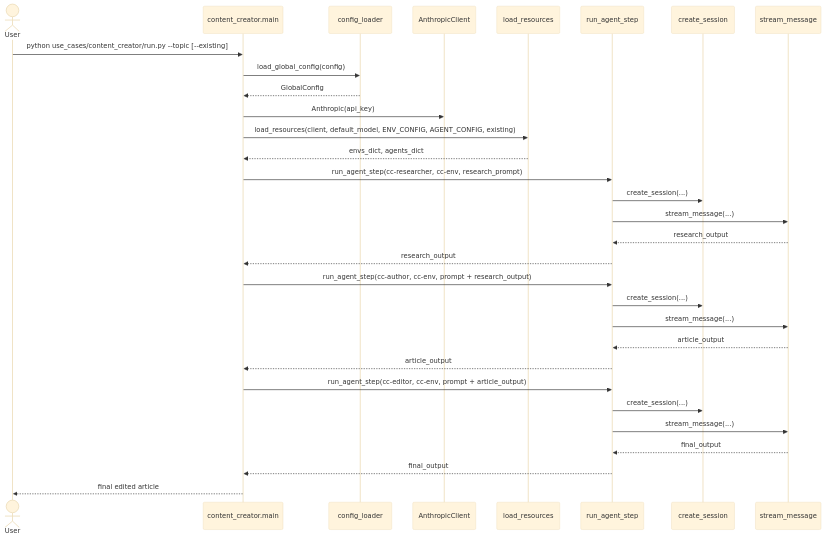
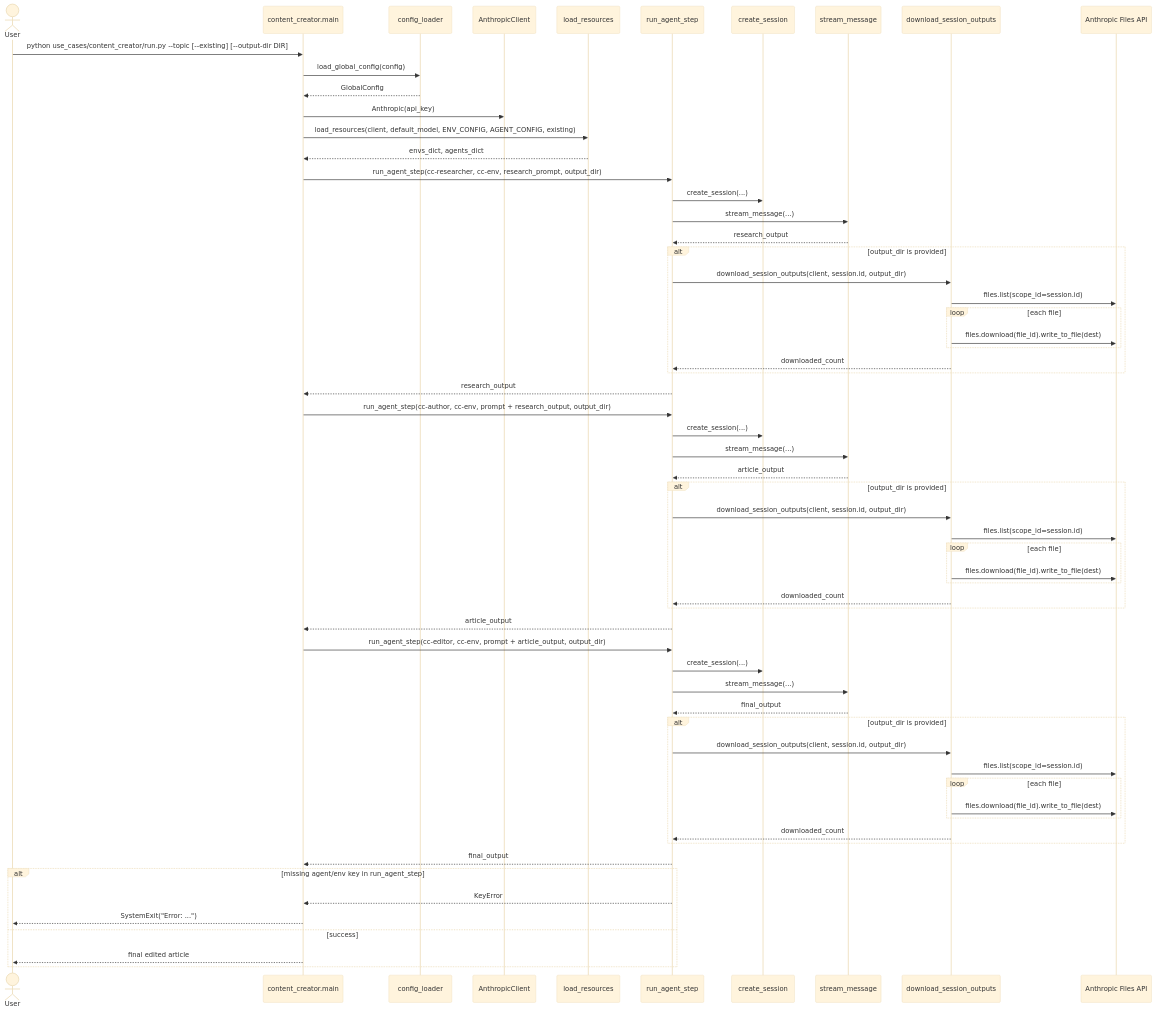
One commit to william-coronado/claude-managed-agents changed the diagram in docs/sequence_diagram_content_creator.mmd. Above: the diagram before and after it, drawn with Mermaid (base theme). The commit also changed 3 other files, not shown here.

Commit message:
Enhance sequence diagrams and add output directory support for content creator and software engineering pipelines

```diff
--- a/docs/sequence_diagram_content_creator.mmd
+++ b/docs/sequence_diagram_content_creator.mmd
@@ -1,36 +1,67 @@
 sequenceDiagram
     actor User
     participant C as content_creator.main
     participant CL as config_loader
     participant A as AnthropicClient
     participant L as load_resources
     participant P as run_agent_step
     participant S as create_session
     participant M as stream_message
+    participant D as download_session_outputs
+    participant F as Anthropic Files API
 
-    User ->> C: python use_cases/content_creator/run.py --topic [--existing]
+    User ->> C: python use_cases/content_creator/run.py --topic [--existing] [--output-dir DIR]
     C ->> CL: load_global_config(config)
     CL -->> C: GlobalConfig
     C ->> A: Anthropic(api_key)
     C ->> L: load_resources(client, default_model, ENV_CONFIG, AGENT_CONFIG, existing)
     L -->> C: envs_dict, agents_dict
 
-    C ->> P: run_agent_step(cc-researcher, cc-env, research_prompt)
+    C ->> P: run_agent_step(cc-researcher, cc-env, research_prompt, output_dir)
     P ->> S: create_session(...)
     P ->> M: stream_message(...)
     M -->> P: research_output
+    alt output_dir is provided
+        P ->> D: download_session_outputs(client, session.id, output_dir)
+        D ->> F: files.list(scope_id=session.id)
+        loop each file
+            D ->> F: files.download(file_id).write_to_file(dest)
+        end
+        D -->> P: downloaded_count
+    end
     P -->> C: research_output
 
-    C ->> P: run_agent_step(cc-author, cc-env, prompt + research_output)
+    C ->> P: run_agent_step(cc-author, cc-env, prompt + research_output, output_dir)
     P ->> S: create_session(...)
     P ->> M: stream_message(...)
     M -->> P: article_output
+    alt output_dir is provided
+        P ->> D: download_session_outputs(client, session.id, output_dir)
+        D ->> F: files.list(scope_id=session.id)
+        loop each file
+            D ->> F: files.download(file_id).write_to_file(dest)
+        end
+        D -->> P: downloaded_count
+    end
     P -->> C: article_output
 
-    C ->> P: run_agent_step(cc-editor, cc-env, prompt + article_output)
+    C ->> P: run_agent_step(cc-editor, cc-env, prompt + article_output, output_dir)
     P ->> S: create_session(...)
     P ->> M: stream_message(...)
     M -->> P: final_output
+    alt output_dir is provided
+        P ->> D: download_session_outputs(client, session.id, output_dir)
+        D ->> F: files.list(scope_id=session.id)
+        loop each file
+            D ->> F: files.download(file_id).write_to_file(dest)
+        end
+        D -->> P: downloaded_count
+    end
     P -->> C: final_output
 
+    alt missing agent/env key in run_agent_step
+        P -->> C: KeyError
+        C -->> User: SystemExit("Error: ...")
+    else success
     C -->> User: final edited article
+    end
```
